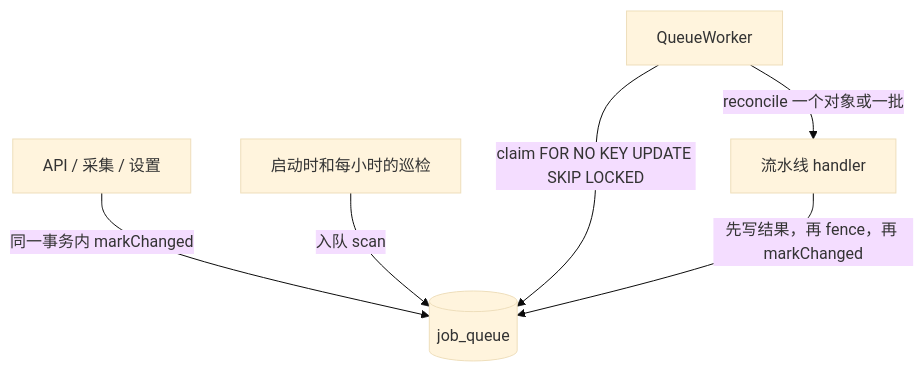
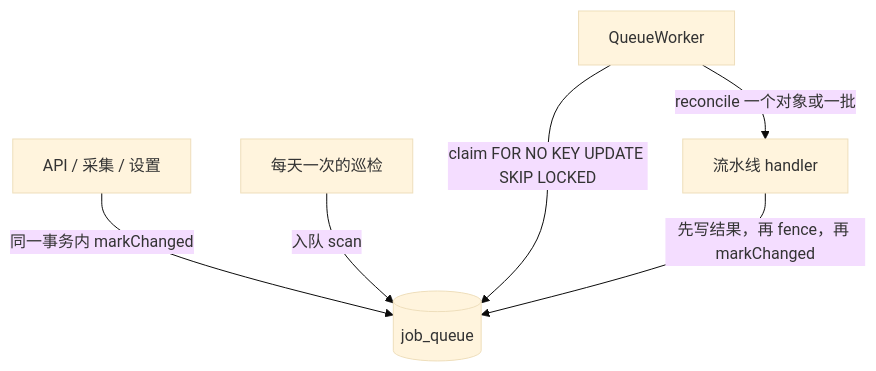
Before and after one commit to stariverr/stationary: the diagram in docs/job_queue.zh-Hans.md, drawn with Mermaid (base theme). The commit also changed other lines of this file and 8 other files, not shown here.

````diff
--- a/docs/job_queue.zh-Hans.md
+++ b/docs/job_queue.zh-Hans.md
@@ -90,8 +90,8 @@
 ```mermaid
 flowchart TD
     A[API / 采集 / 设置] -->|同一事务内 markChanged| B[(job_queue)]
-    P[启动时和每小时的巡检] -->|入队 scan| B
+    P[每天一次的巡检] -->|入队 scan| B
     W[QueueWorker] -->|claim FOR NO KEY UPDATE SKIP LOCKED| B
     W -->|reconcile 一个对象或一批| H[流水线 handler]
     H -->|先写结果，再 fence，再 markChanged| B
 ```
````
